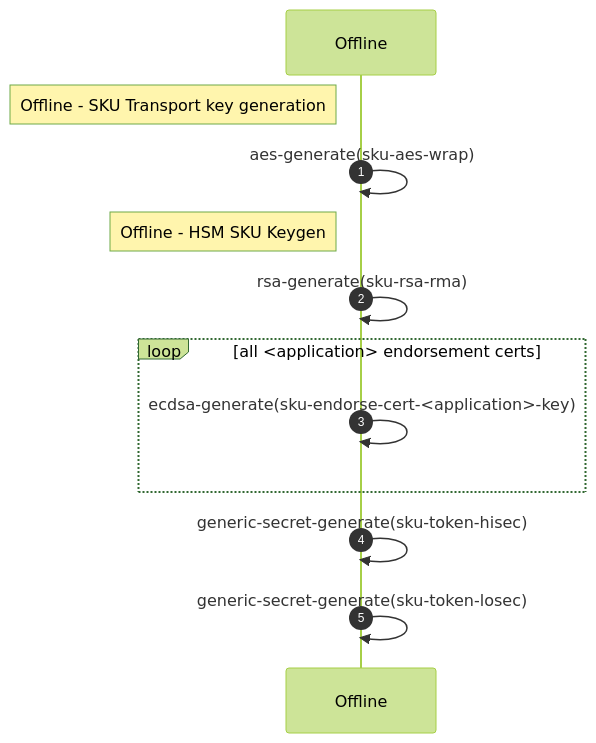
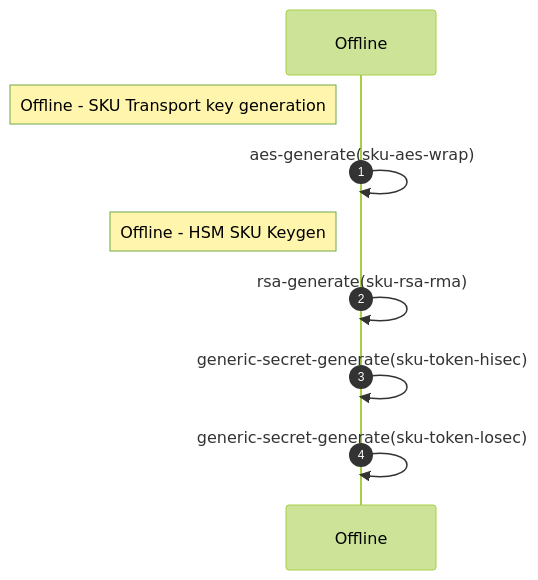
The third of 5 diagrams in docs/hsm.md (timothytrippel/opentitan-provisioning), drawn with Mermaid (forest theme) before and after one commit. The commit also changed other lines of this file and 2 other files, not shown here.

````diff
--- a/docs/hsm.md
+++ b/docs/hsm.md
@@ -151,18 +179,13 @@
 ```mermaid
 sequenceDiagram
     participant Offline
     autonumber
 
     note left of Offline: Offline - SKU Transport key generation
     Offline->>Offline: aes-generate(sku-aes-wrap)
 
     note left of Offline: Offline - HSM SKU Keygen
     Offline->>Offline: rsa-generate(sku-rsa-rma)
-
-    loop all <application> endorsement certs
-        Offline->>Offline: ecdsa-generate(sku-endorse-cert-<application>-key)
-    end
-
     Offline->>Offline: generic-secret-generate(sku-token-hisec)
     Offline->>Offline: generic-secret-generate(sku-token-losec)
 ```
````
